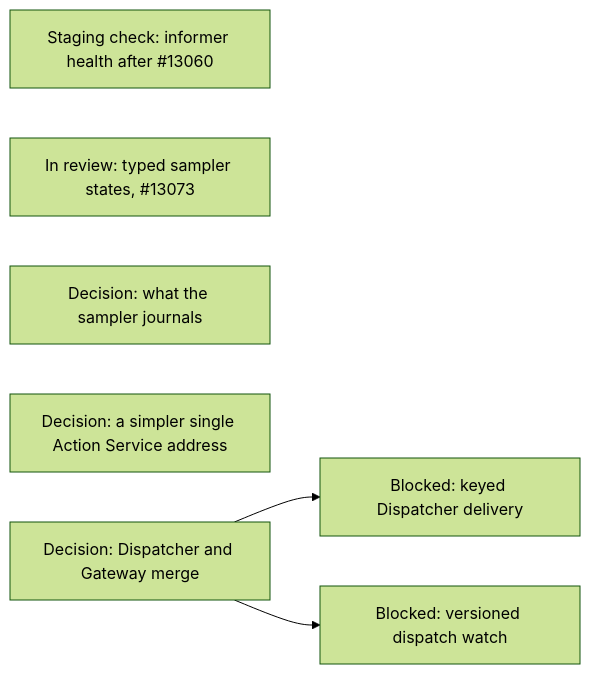
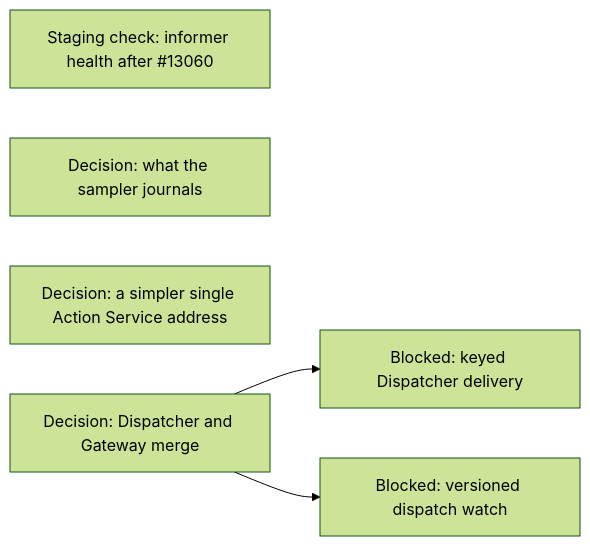
One commit to agentydragon/ducktape changed diagram 18 of 18 in agentplane/plans/task_dag.md. Above: the diagram before and after it, drawn with Mermaid (forest theme). The commit also changed other lines of this file and 35 other files, not shown here.

First line of the commit message:
central_sampler: typed turn results, statuses and intent payloads (#13073)

````diff
--- a/agentplane/plans/task_dag.md
+++ b/agentplane/plans/task_dag.md
@@ -1866,9 +1866,8 @@
 ```mermaid
 flowchart LR
     KUBERNETES_NATIVE_WATCH_HEALTH[Staging check: informer health after #13060]
-    SAMPLER_TYPED_STATE[In review: typed sampler states, #13073]
     SAMPLER_JOURNAL_DIET[Decision: what the sampler journals]
     ACTION_SERVICE_PORT_SHARING[Decision: a simpler single Action Service address]
     DISPATCHER_PERSISTENCE_MODEL_DESIGN[Decision: Dispatcher and Gateway merge] --> DISPATCHER_KEYED_DELIVERY[Blocked: keyed Dispatcher delivery]
     DISPATCHER_PERSISTENCE_MODEL_DESIGN --> DISPATCHER_WATCH_VERSIONS[Blocked: versioned dispatch watch]
 ```
````
